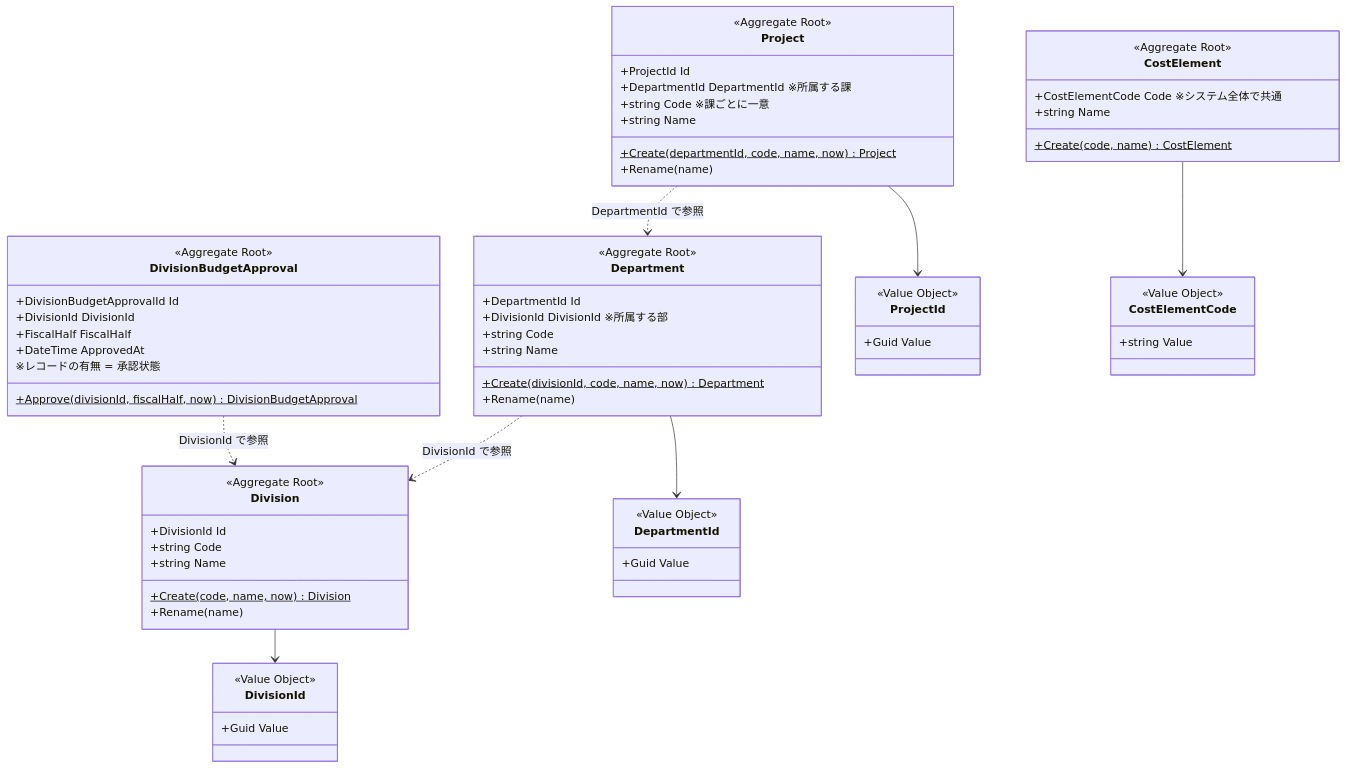
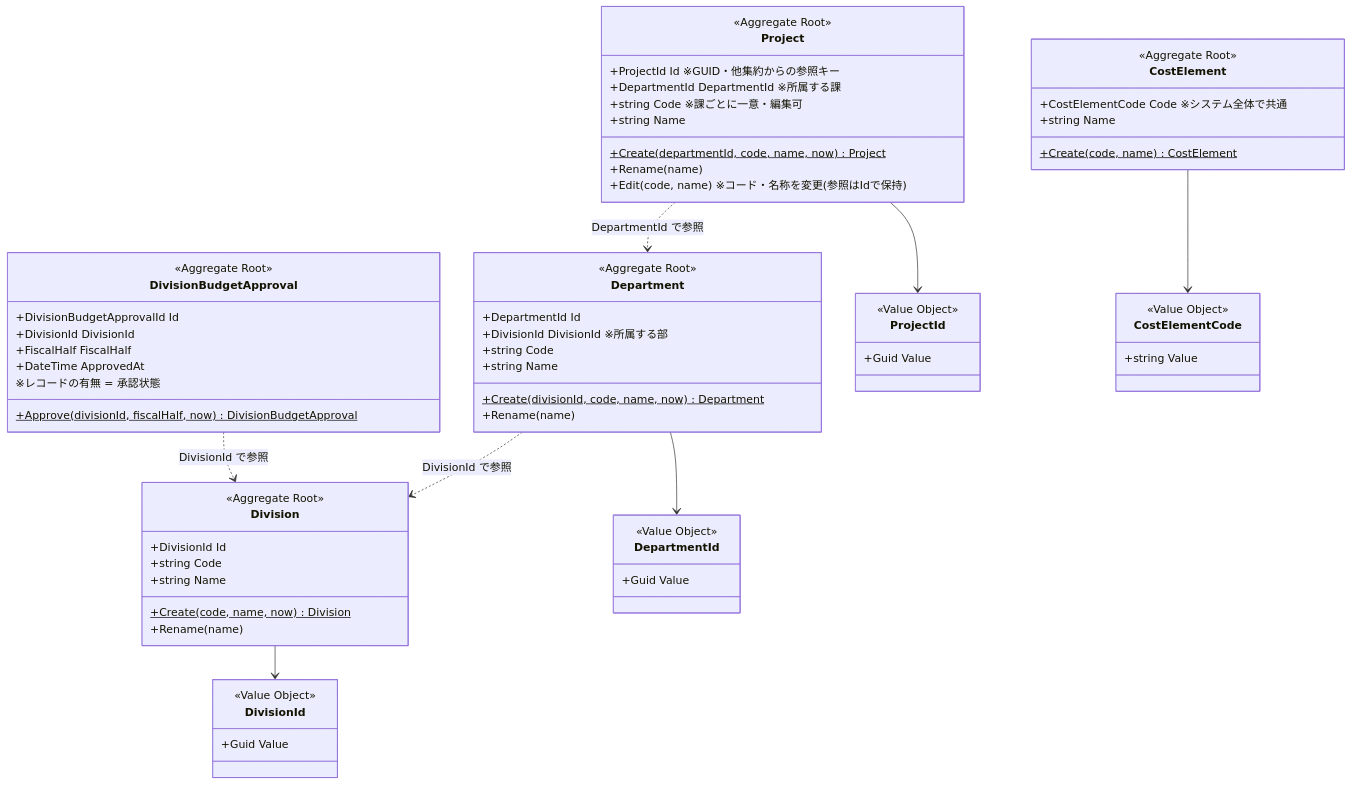
The sixth of 9 diagrams in docs/DESIGN.md (kyamanaka0923/fcpl-cost-management-system), drawn with Mermaid before and after one commit. The commit also changed 14 other files, not shown here.

````diff
--- a/docs/DESIGN.md
+++ b/docs/DESIGN.md
@@ -155,67 +155,68 @@
 ```mermaid
 classDiagram
     class Division {
         <<Aggregate Root>>
         +DivisionId Id
         +string Code
         +string Name
         +Create(code, name, now) Division$
         +Rename(name)
     }
     class DivisionId {
         <<Value Object>>
         +Guid Value
     }
     class DivisionBudgetApproval {
         <<Aggregate Root>>
         +DivisionBudgetApprovalId Id
         +DivisionId DivisionId
         +FiscalHalf FiscalHalf
         +DateTime ApprovedAt
         +Approve(divisionId, fiscalHalf, now) DivisionBudgetApproval$
         ※レコードの有無 = 承認状態
     }
     class Department {
         <<Aggregate Root>>
         +DepartmentId Id
         +DivisionId DivisionId ※所属する部
         +string Code
         +string Name
         +Create(divisionId, code, name, now) Department$
         +Rename(name)
     }
     class DepartmentId {
         <<Value Object>>
         +Guid Value
     }
     class Project {
         <<Aggregate Root>>
-        +ProjectId Id
+        +ProjectId Id ※GUID・他集約からの参照キー
         +DepartmentId DepartmentId ※所属する課
-        +string Code ※課ごとに一意
+        +string Code ※課ごとに一意・編集可
         +string Name
         +Create(departmentId, code, name, now) Project$
         +Rename(name)
+        +Edit(code, name) ※コード・名称を変更(参照はIdで保持)
     }
     class ProjectId {
         <<Value Object>>
         +Guid Value
     }
     class CostElement {
         <<Aggregate Root>>
         +CostElementCode Code ※システム全体で共通
         +string Name
         +Create(code, name) CostElement$
     }
     class CostElementCode {
         <<Value Object>>
         +string Value
     }
     Division --> DivisionId
     DivisionBudgetApproval ..> Division : DivisionId で参照
     Department --> DepartmentId
     Department ..> Division : DivisionId で参照
     Project --> ProjectId
     Project ..> Department : DepartmentId で参照
     CostElement --> CostElementCode
 ```
````
